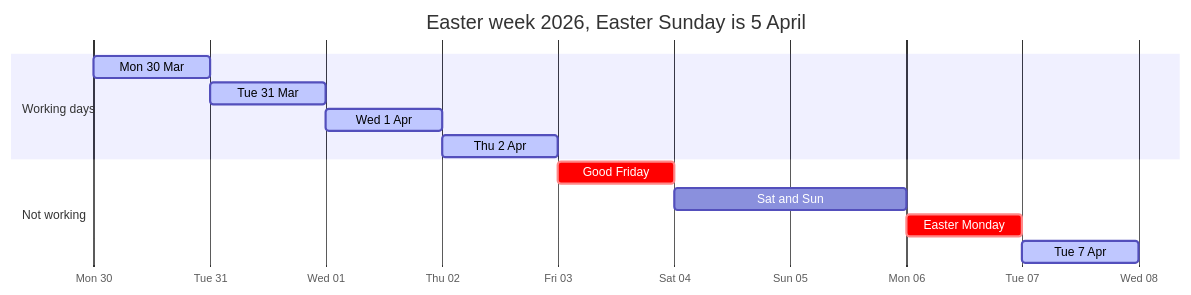
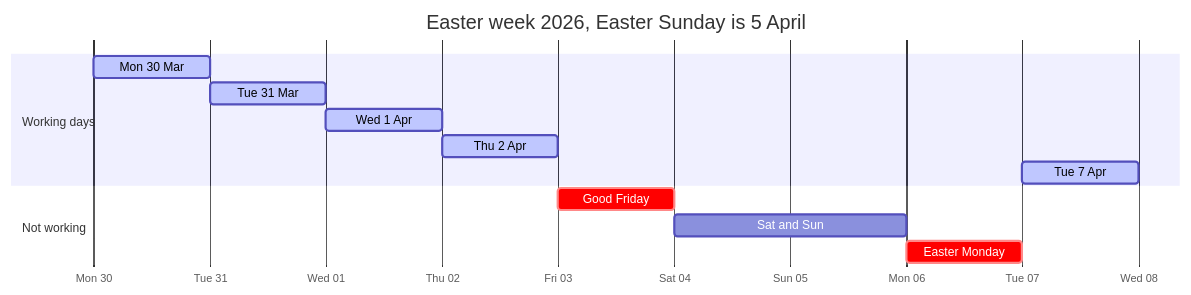
The second of 3 diagrams in tasks/19-tdd-working-days.md (Chris013/java-practice), drawn with Mermaid before and after one commit. The commit also changed other lines of this file and 2 other files, not shown here.

````diff
--- a/tasks/19-tdd-working-days.md
+++ b/tasks/19-tdd-working-days.md
@@ -72,16 +73,16 @@
 ```mermaid
 gantt
     title Easter week 2026, Easter Sunday is 5 April
     dateFormat YYYY-MM-DD
     axisFormat %a %d
     section Working days
     Mon 30 Mar       :active, d1, 2026-03-30, 1d
     Tue 31 Mar       :active, d2, 2026-03-31, 1d
     Wed 1 Apr        :active, d3, 2026-04-01, 1d
     Thu 2 Apr        :active, d4, 2026-04-02, 1d
+    Tue 7 Apr        :active, d5, 2026-04-07, 1d
     section Not working
     Good Friday      :crit, h1, 2026-04-03, 1d
     Sat and Sun      :h2, 2026-04-04, 2d
     Easter Monday    :crit, h4, 2026-04-06, 1d
-    Tue 7 Apr        :active, d5, 2026-04-07, 1d
 ```
````
